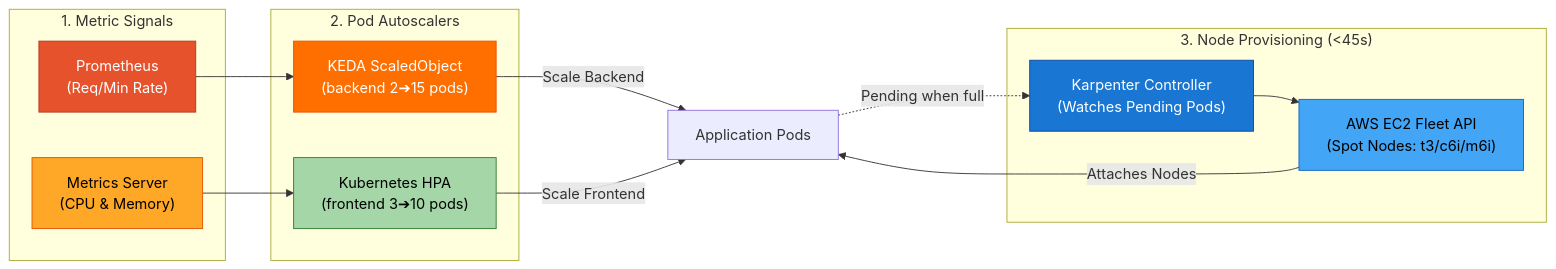
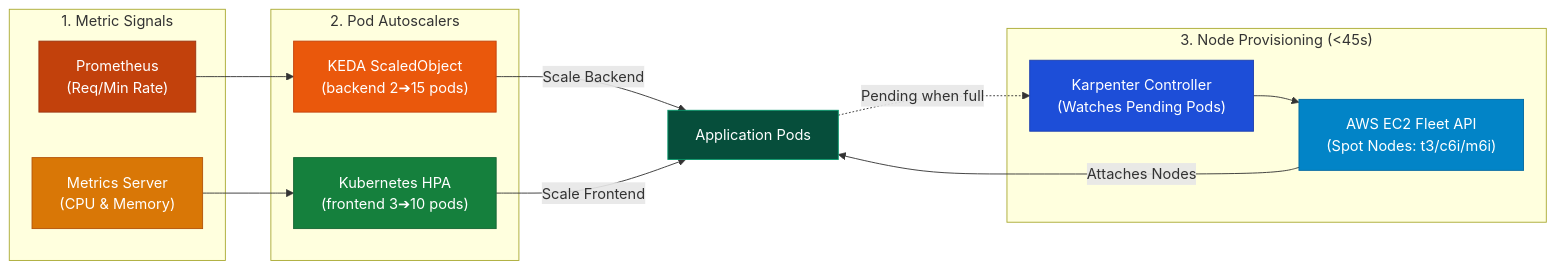
One commit to AdastraGupta/3-tier-k8s-project changed the third of 4 diagrams in README.md. Above: the diagram before and after it, drawn with Mermaid. The commit also changed other lines of this file, not shown here.

Commit message:
docs: resolve arrow overlaps and apply high-contrast dark theme to architecture diagrams

````diff
--- a/README.md
+++ b/README.md
@@ -201,28 +244,29 @@
 ```mermaid
 graph LR
     subgraph Scale_Signals["1. Metric Signals"]
         PROM["Prometheus\n(Req/Min Rate)"]
         METRICS["Metrics Server\n(CPU & Memory)"]
     end
 
     subgraph Pod_Scaling["2. Pod Autoscalers"]
         KEDA["KEDA ScaledObject\n(backend 2➔15 pods)"]
         HPA["Kubernetes HPA\n(frontend 3➔10 pods)"]
     end
 
     subgraph Node_Provisioning["3. Node Provisioning (<45s)"]
         KP["Karpenter Controller\n(Watches Pending Pods)"]
         FLEET["AWS EC2 Fleet API\n(Spot Nodes: t3/c6i/m6i)"]
     end
 
     PROM --> KEDA -->|"Scale Backend"| APP_PODS["Application Pods"]
     METRICS --> HPA -->|"Scale Frontend"| APP_PODS
     APP_PODS -.->|"Pending when full"| KP --> FLEET -->|"Attaches Nodes"| APP_PODS
 
-    style PROM fill:#E6522C,stroke:#B13A1E,color:#fff
-    style METRICS fill:#FFA726,stroke:#E65100,color:#000
-    style KEDA fill:#FF6F00,stroke:#E65100,color:#fff
-    style HPA fill:#A5D6A7,stroke:#2E7D32,color:#000
-    style KP fill:#1976D2,stroke:#0D47A1,color:#fff
-    style FLEET fill:#42A5F5,stroke:#1565C0,color:#000
+    style PROM fill:#c2410c,stroke:#9a3412,color:#ffffff
+    style METRICS fill:#d97706,stroke:#b45309,color:#ffffff
+    style KEDA fill:#ea580c,stroke:#c2410c,color:#ffffff
+    style HPA fill:#15803d,stroke:#166534,color:#ffffff
+    style KP fill:#1d4ed8,stroke:#1e40af,color:#ffffff
+    style FLEET fill:#0284c7,stroke:#0369a1,color:#ffffff
+    style APP_PODS fill:#064e3b,stroke:#059669,color:#ffffff
 ```
````
